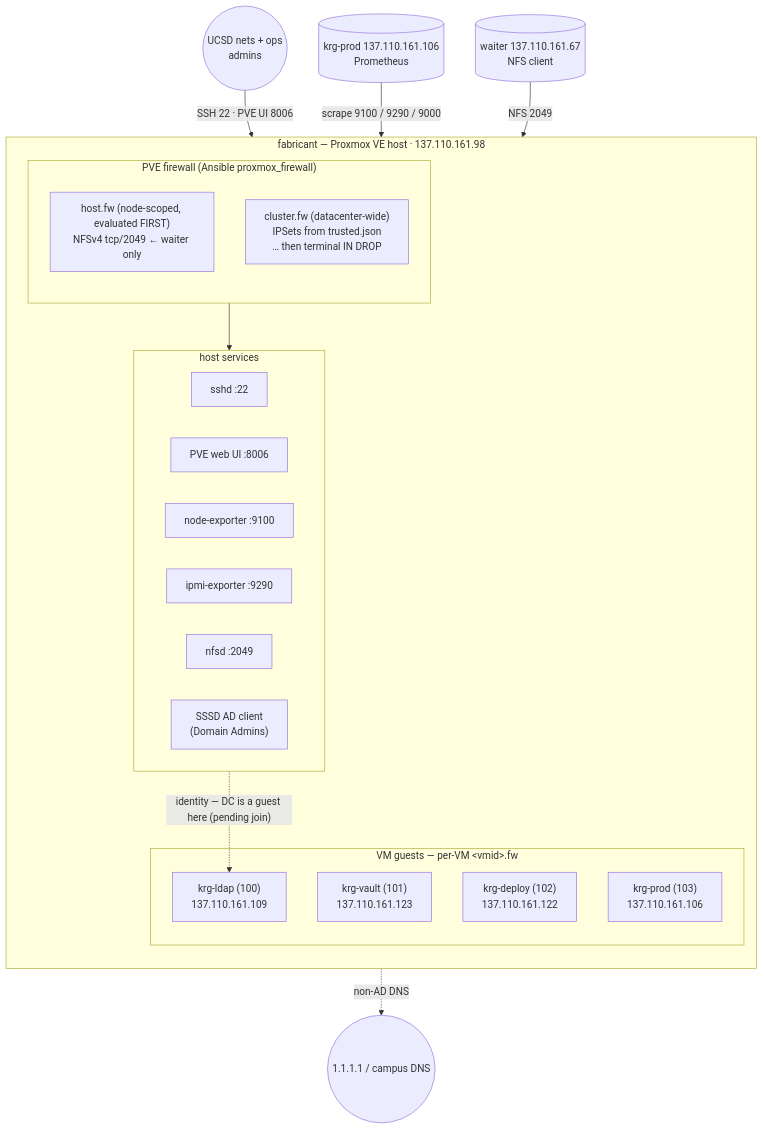
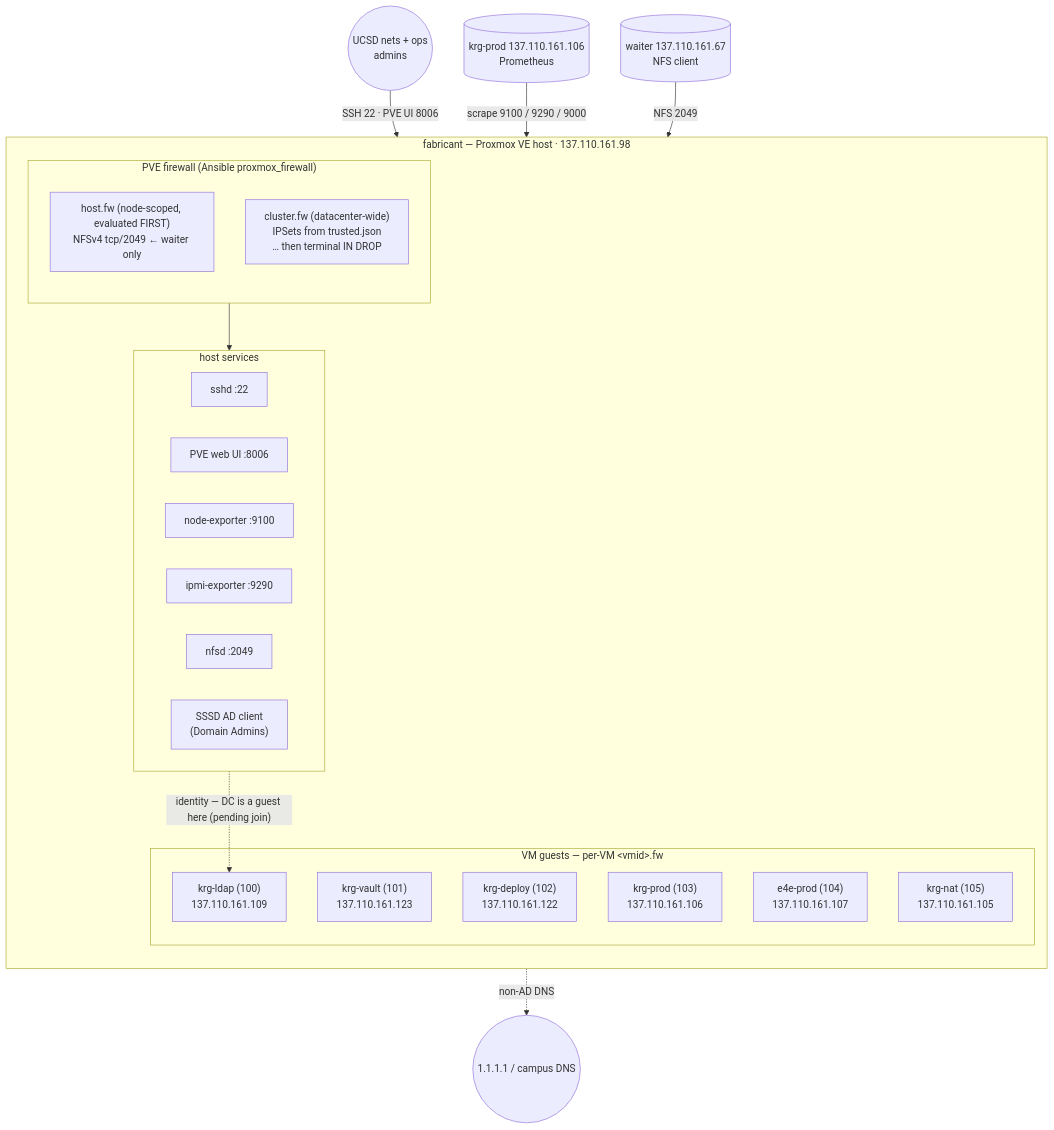
Before and after one commit to KastnerRG/krg-infra: the second of 2 diagrams in docs/fabricant-topology.md, drawn with Mermaid. The commit also changed other lines of this file and 15 other files, not shown here.

````diff
--- a/docs/fabricant-topology.md
+++ b/docs/fabricant-topology.md
@@ -78,38 +78,40 @@
 ```mermaid
 flowchart TB
   ucsd(("UCSD nets + ops<br/>admins"))
   mon[("krg-prod 137.110.161.106<br/>Prometheus")]
   waiterC[("waiter 137.110.161.67<br/>NFS client")]
   upstream(("1.1.1.1 / campus DNS"))
 
   subgraph fab["fabricant — Proxmox VE host · 137.110.161.98"]
     direction TB
     subgraph fw["PVE firewall (Ansible proxmox_firewall)"]
       direction TB
       hostfw["host.fw (node-scoped, evaluated FIRST)<br/>NFSv4 tcp/2049 ← waiter only"]
       clusterfw["cluster.fw (datacenter-wide)<br/>IPSets from trusted.json<br/>… then terminal IN DROP"]
     end
     subgraph svc["host services"]
       direction LR
       psh["sshd :22"]
       web["PVE web UI :8006"]
       nodee["node-exporter :9100"]
       ipmie["ipmi-exporter :9290"]
       nfsd["nfsd :2049"]
       adcli["SSSD AD client<br/>(Domain Admins)"]
     end
     subgraph guests["VM guests — per-VM &lt;vmid&gt;.fw"]
       kl["krg-ldap (100)<br/>137.110.161.109"]
       kv["krg-vault (101)<br/>137.110.161.123"]
       kd["krg-deploy (102)<br/>137.110.161.122"]
       kp["krg-prod (103)<br/>137.110.161.106"]
+      ep["e4e-prod (104)<br/>137.110.161.107"]
+      kn["krg-nat (105)<br/>137.110.161.105"]
     end
   end
 
   ucsd -->|"SSH 22 · PVE UI 8006"| clusterfw
   mon -->|"scrape 9100 / 9290 / 9000"| clusterfw
   waiterC -->|"NFS 2049"| hostfw
   fw --> svc
   adcli -.->|"identity — DC is a guest here (pending join)"| kl
   web -.->|"non-AD DNS"| upstream
 ```
````
